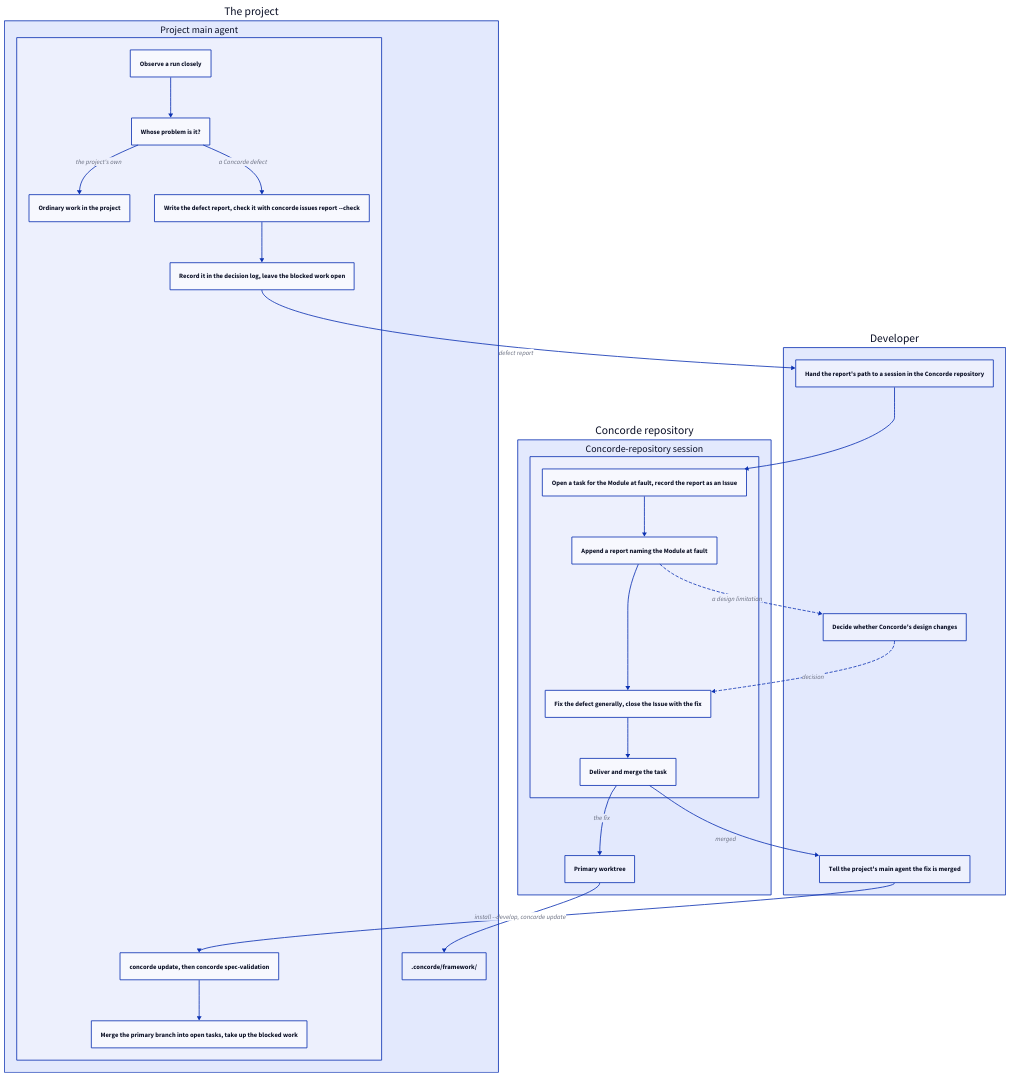
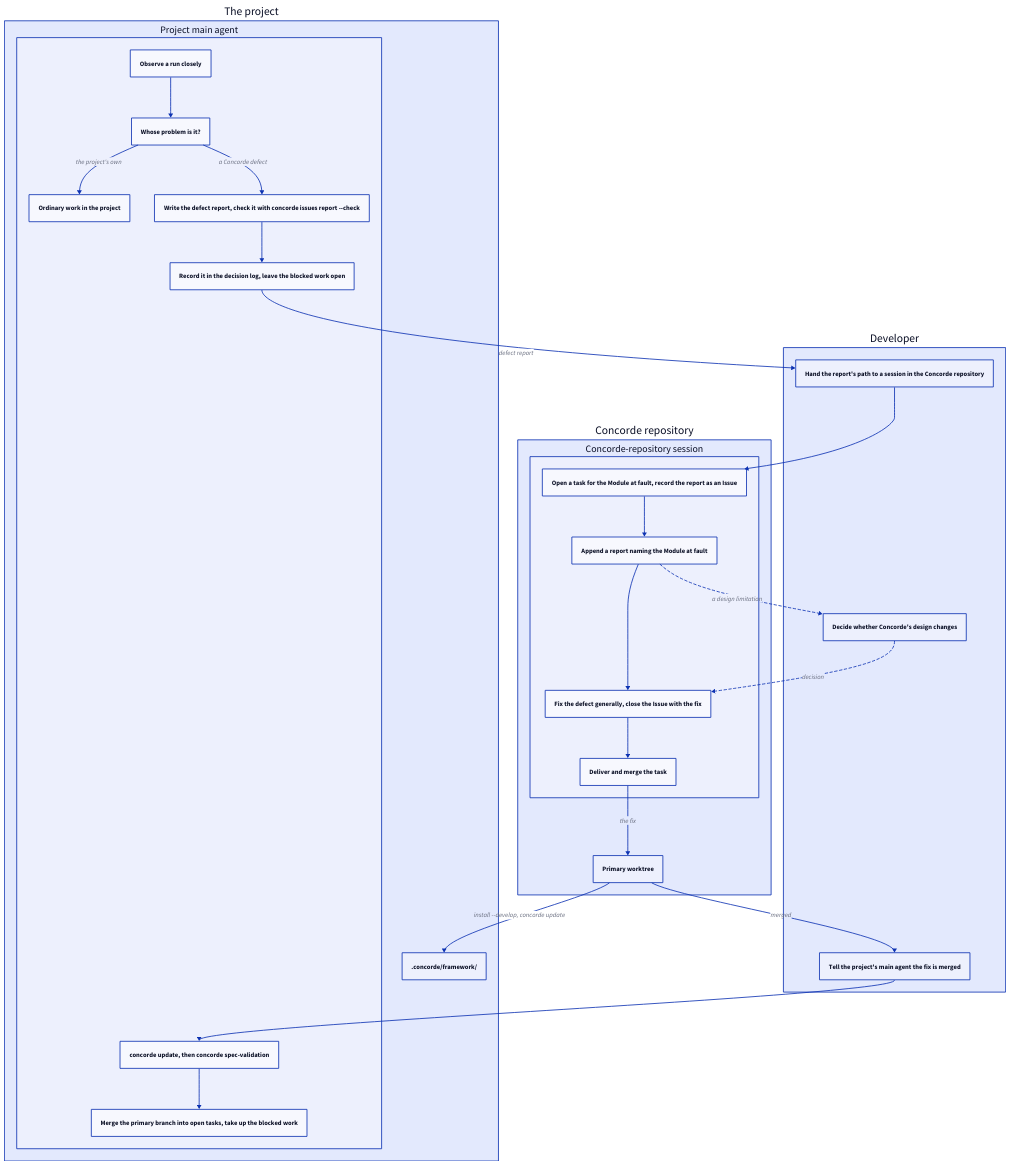
One commit to FTOD/concorde changed the diagram in specs/concorde/dogfooding/module.md. Above: the diagram before and after it, drawn with D2. The commit also changed 3 other files, not shown here.

````diff
--- a/specs/concorde/dogfooding/module.md
+++ b/specs/concorde/dogfooding/module.md
@@ -86,43 +86,43 @@
 ```d2 illustrative
 direction: down
 project: The project {
   agent: Project main agent {
     observe: Observe a run closely
     classify: Whose problem is it?
     own: Ordinary work in the project
     write: Write the defect report, check it with concorde issues report --check
     log: Record it in the decision log, leave the blocked work open
     update: concorde update, then concorde spec-validation
     resume: Merge the primary branch into open tasks, take up the blocked work
     observe -> classify
     classify -> own: the project's own
     classify -> write: a Concorde defect
     write -> log
     update -> resume
   }
   framework: .concorde/framework/
 }
 developer: Developer {
   handoff: Hand the report's path to a session in the Concorde repository
   decide: Decide whether Concorde's design changes
   tell: Tell the project's main agent the fix is merged
 }
 concorde: Concorde repository {
   session: Concorde-repository session {
     record: Open a task for the Module at fault, record the report as an Issue
     assign: Append a report naming the Module at fault
     fix: Fix the defect generally, close the Issue with the fix
     merge: Deliver and merge the task
     record -> assign -> fix -> merge
   }
   primary: Primary worktree
 }
 project.agent.log -> developer.handoff: defect report
 developer.handoff -> concorde.session.record
 concorde.session.assign -> developer.decide: a design limitation {style.stroke-dash: 3}
 developer.decide -> concorde.session.fix: decision {style.stroke-dash: 3}
 concorde.session.merge -> concorde.primary: the fix
 concorde.primary -> project.framework: install --develop, concorde update
-concorde.session.merge -> developer.tell: merged
+concorde.primary -> developer.tell: merged
 developer.tell -> project.agent.update
 ```
````
